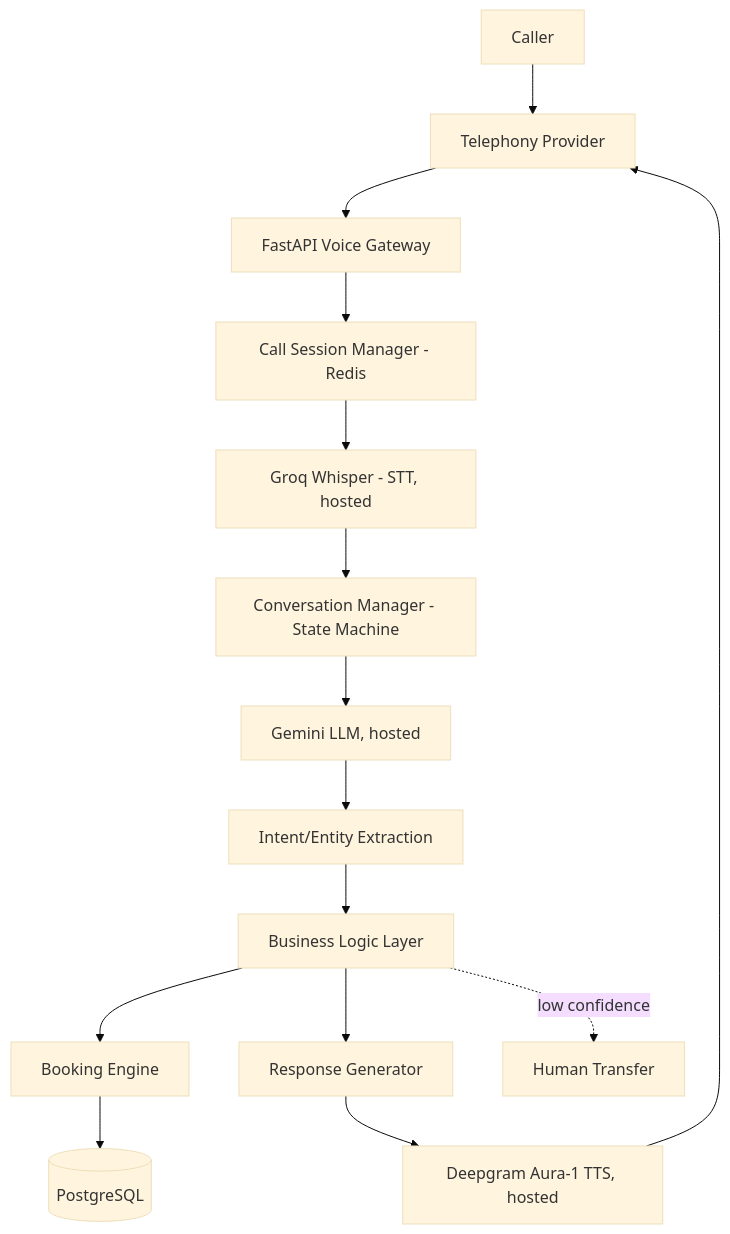
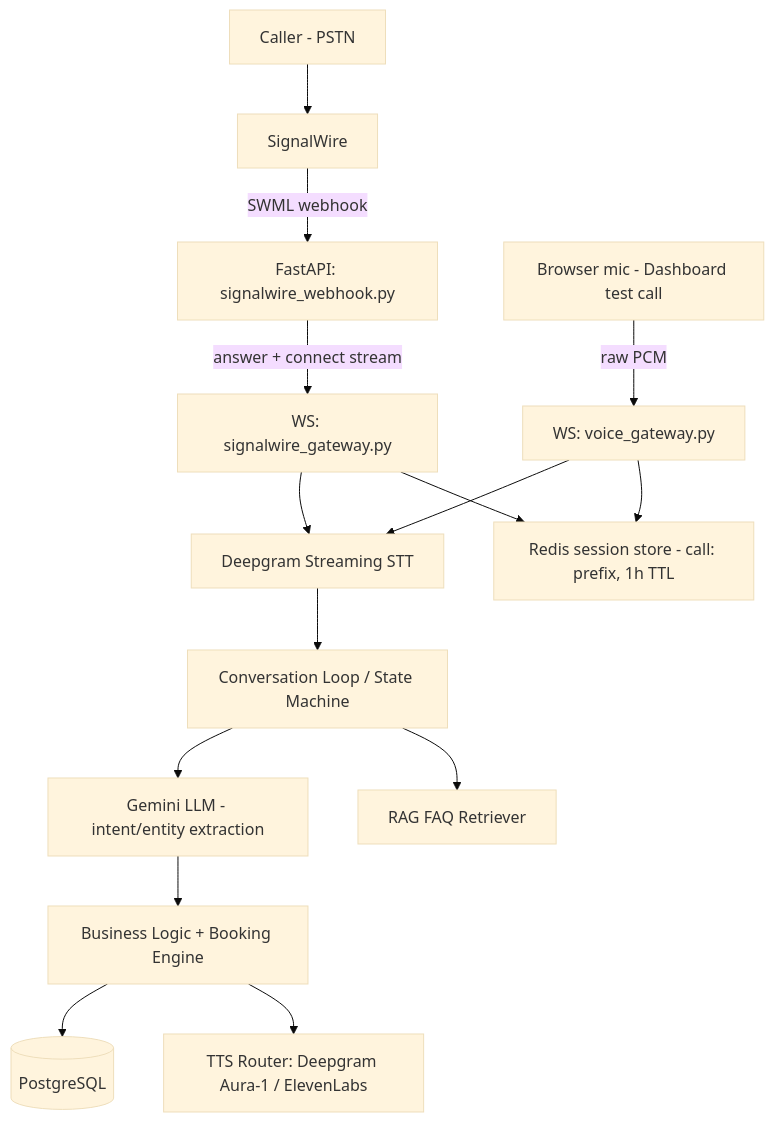
Before and after one commit to sheix-khizar/Talkse: the diagram in Talkse-backend/Talkse-backend/README.md, drawn with Mermaid (base theme). The commit also changed other lines of this file and 7 other files, not shown here.

Commit message:
fix(signalwire): Fix SWML voice compatibility, WebSocket audio chunking, and STT settings

````diff
--- a/Talkse-backend/Talkse-backend/README.md
+++ b/Talkse-backend/Talkse-backend/README.md
@@ -74,17 +67,17 @@
 ```mermaid
 flowchart TD
-    A[Caller] --> B[Telephony Provider]
-    B --> C[FastAPI Voice Gateway]
-    C --> D[Call Session Manager - Redis]
-    D --> E[Groq Whisper - STT, hosted]
-    E --> F[Conversation Manager - State Machine]
-    F --> G[Gemini LLM, hosted]
-    G --> H[Intent/Entity Extraction]
-    H --> I[Business Logic Layer]
-    I --> J[Booking Engine]
-    J --> K[(PostgreSQL)]
-    I --> L[Response Generator]
-    L --> M[Deepgram Aura-1 TTS, hosted]
-    M --> B
-    I -.low confidence.-> N[Human Transfer]
+    A[Caller - PSTN] --> B[SignalWire]
+    B -->|SWML webhook| C[FastAPI: signalwire_webhook.py]
+    C -->|answer + connect stream| D[WS: signalwire_gateway.py]
+    B2[Browser mic - Dashboard test call] -->|raw PCM| D2[WS: voice_gateway.py]
+    D --> E[Deepgram Streaming STT]
+    D2 --> E
+    E --> F[Conversation Loop / State Machine]
+    F --> G[Gemini LLM - intent/entity extraction]
+    G --> H[Business Logic + Booking Engine]
+    H --> I[(PostgreSQL)]
+    F --> J[RAG FAQ Retriever]
+    H --> K[TTS Router: Deepgram Aura-1 / ElevenLabs]
+    D2 --> L[Redis session store - call: prefix, 1h TTL]
+    D --> L
 ```
````
